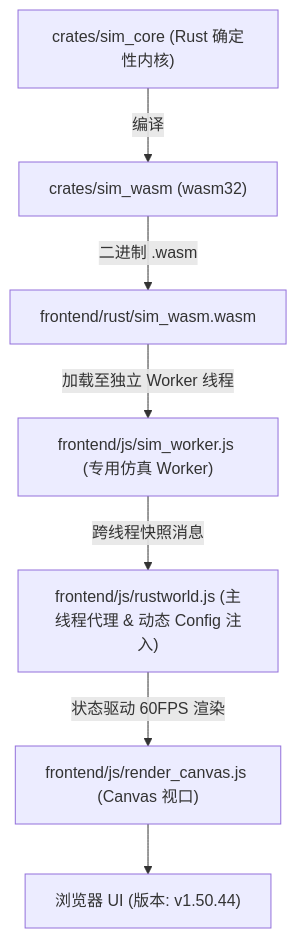
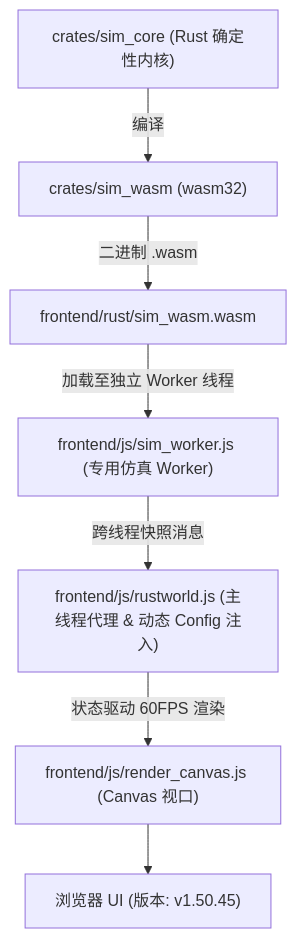
Before and after one commit to g39088902/FlowAndAccord: the diagram in AGENTS.md, drawn with Mermaid. The commit also changed other lines of this file and 16 other files, not shown here.

````diff
--- a/AGENTS.md
+++ b/AGENTS.md
@@ -61,10 +61,10 @@
 ```mermaid
 graph TD
     A["crates/sim_core (Rust 确定性内核)"] -->|编译| B["crates/sim_wasm (wasm32)"]
     B -->|二进制 .wasm| C["frontend/rust/sim_wasm.wasm"]
     C -->|加载至独立 Worker 线程| D["frontend/js/sim_worker.js (专用仿真 Worker)"]
     D -->|跨线程快照消息| E["frontend/js/rustworld.js (主线程代理 & 动态 Config 注入)"]
     E -->|状态驱动 60FPS 渲染| F["frontend/js/render_canvas.js (Canvas 视口)"]
-    F --> G["浏览器 UI (版本: v1.50.44)"]
+    F --> G["浏览器 UI (版本: v1.50.45)"]
 
 ```
````
